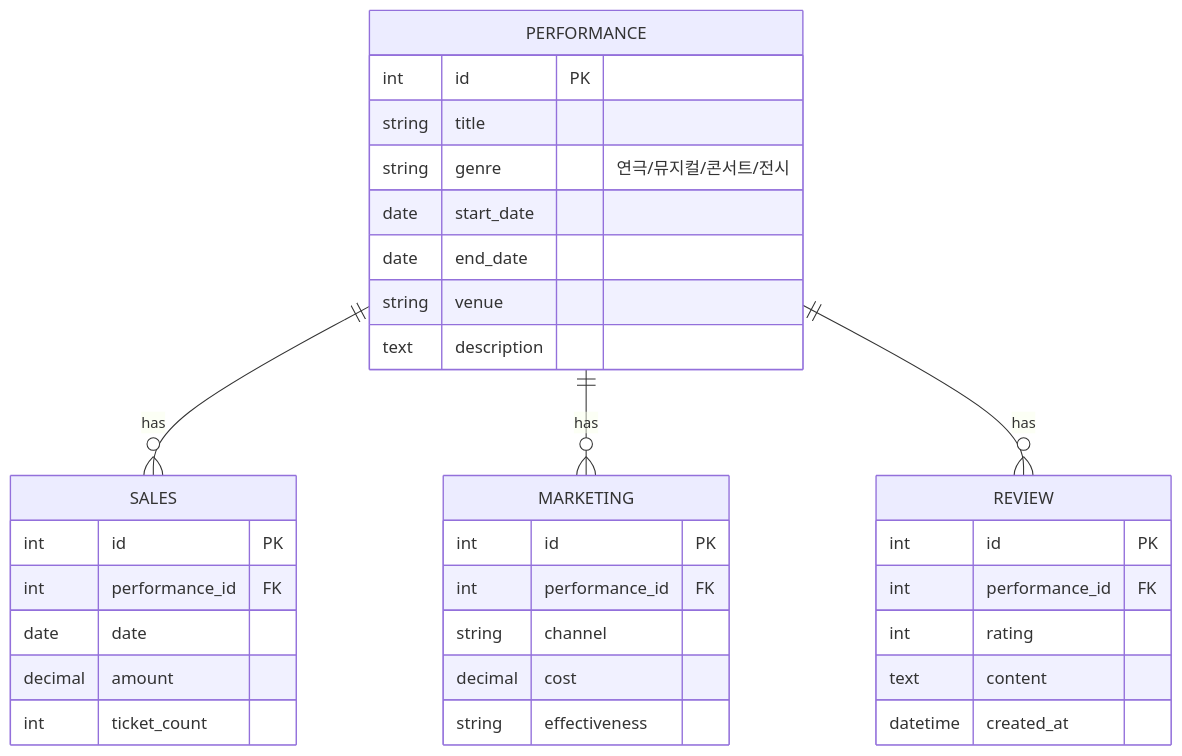
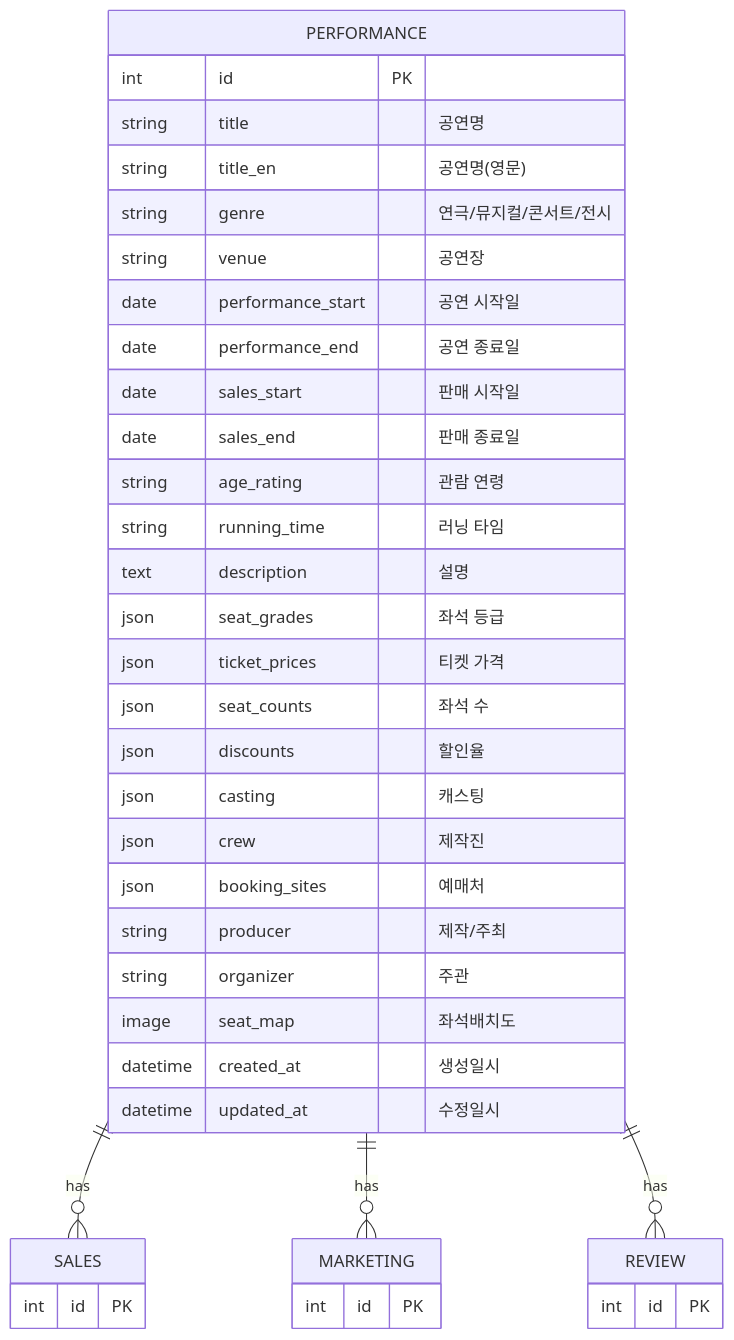
One commit to jwlee-ticket/library_ai changed the diagram in README.md. Above: the diagram before and after it, drawn with Mermaid. The commit also changed 5 other files, not shown here.

````diff
--- a/README.md
+++ b/README.md
@@ -29,40 +29,45 @@
 ```mermaid
 erDiagram
     PERFORMANCE ||--o{ SALES : "has"
     PERFORMANCE ||--o{ MARKETING : "has"
     PERFORMANCE ||--o{ REVIEW : "has"
     
     PERFORMANCE {
         int id PK
-        string title
+        string title "공연명"
+        string title_en "공연명(영문)"
         string genre "연극/뮤지컬/콘서트/전시"
-        date start_date
-        date end_date
-        string venue
-        text description
+        string venue "공연장"
+        date performance_start "공연 시작일"
+        date performance_end "공연 종료일"
+        date sales_start "판매 시작일"
+        date sales_end "판매 종료일"
+        string age_rating "관람 연령"
+        string running_time "러닝 타임"
+        text description "설명"
+        json seat_grades "좌석 등급"
+        json ticket_prices "티켓 가격"
+        json seat_counts "좌석 수"
+        json discounts "할인율"
+        json casting "캐스팅"
+        json crew "제작진"
+        json booking_sites "예매처"
+        string producer "제작/주최"
+        string organizer "주관"
+        image seat_map "좌석배치도"
+        datetime created_at "생성일시"
+        datetime updated_at "수정일시"
     }
     
     SALES {
         int id PK
-        int performance_id FK
-        date date
-        decimal amount
-        int ticket_count
     }
     
     MARKETING {
         int id PK
-        int performance_id FK
-        string channel
-        decimal cost
-        string effectiveness
     }
     
     REVIEW {
         int id PK
-        int performance_id FK
-        int rating
-        text content
-        datetime created_at
     }
 ```
````
